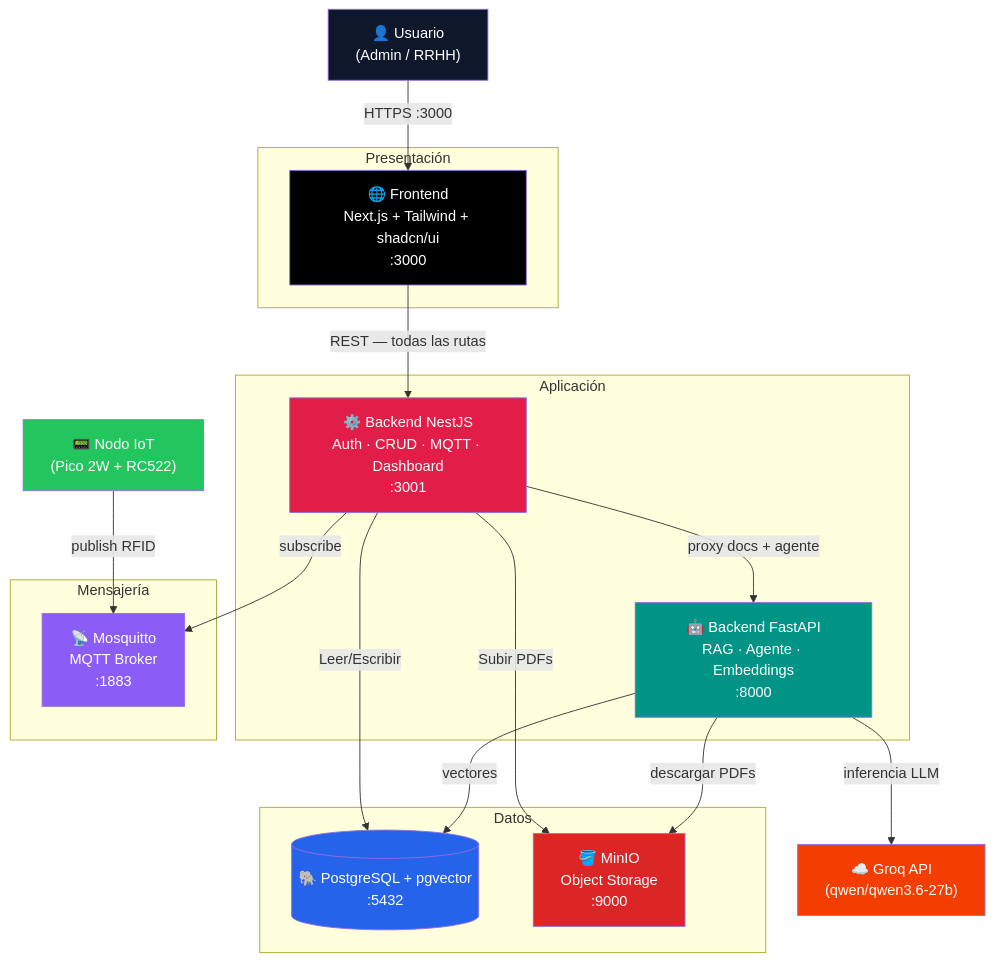
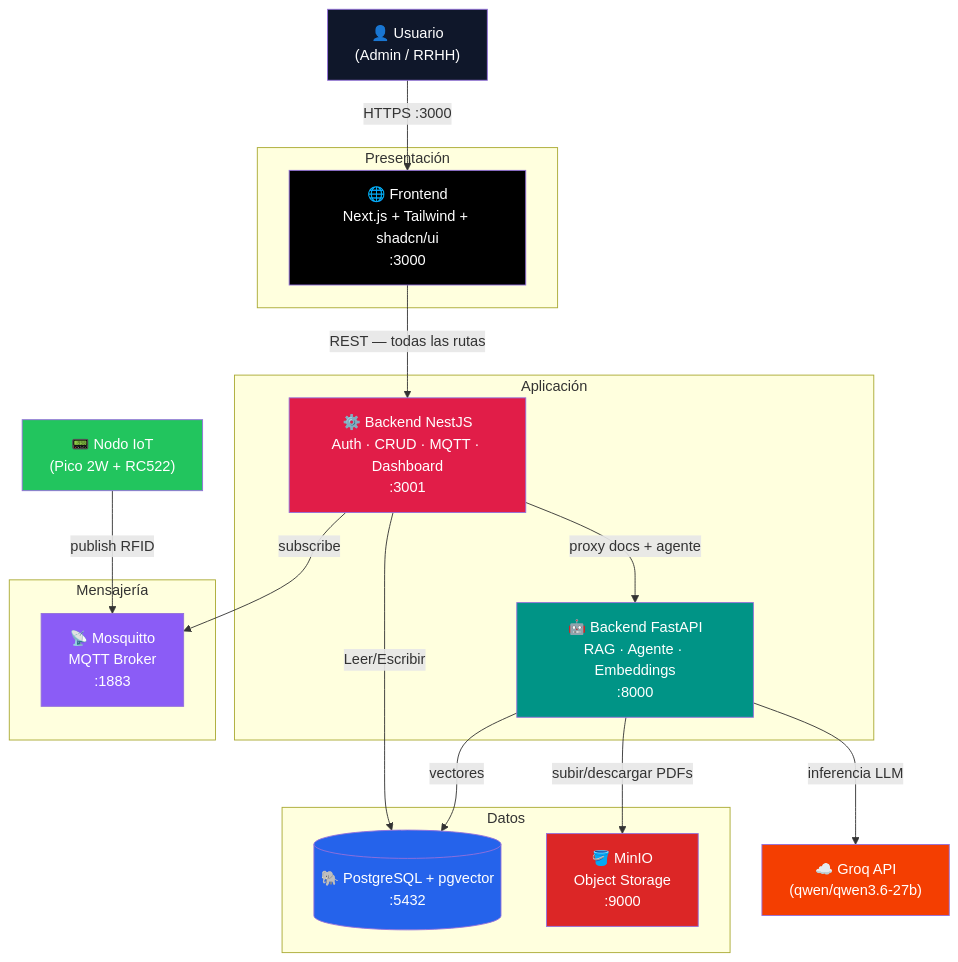
Before and after one commit to marianodr/kuaai-intelligent-hrms: the second of 15 diagrams in ARCHITECTURE.md, drawn with Mermaid. The commit also changed other lines of this file, not shown here.

Commit message:
fix(docs): eliminar flecha falsa NEST->MINIO en los diagramas de arquitectura
Nest nunca habla con MinIO directamente: grep sobre apps/backend-nest
no encuentra ninguna referencia a minio (ni librería ni código). El
PDF llega a Nest como buffer en memoria y se reenvía por HTTP a
FastAPI (ProxyService.uploadFile/downloadBinary); solo FastAPI tiene
el cliente MinIO real (minio_client.py, librería minio-py).

Corrige el diagrama Nivel 2 y el de deployment (Docker Compose),
quitando la flecha NEST->MINIO y aclarando que FAPI->MINIO cubre
tanto subida como descarga (antes decía solo "descargar PDFs").

Claude-Session: https://claude.ai/code/session_01XA8y2qGj5KgcSkWKnTRVEx

````diff
--- a/ARCHITECTURE.md
+++ b/ARCHITECTURE.md
@@ -88,45 +88,44 @@
 ```mermaid
 graph TB
     USER["👤 Usuario\n(Admin / RRHH)"]
     IOT["📟 Nodo IoT\n(Pico 2W + RC522)"]
     GROQ["☁️ Groq API\n(qwen/qwen3.6-27b)"]
 
     subgraph PRES ["Presentación"]
         FE["🌐 Frontend\nNext.js + Tailwind + shadcn/ui\n:3000"]
     end
 
     subgraph APP ["Aplicación"]
         NEST["⚙️ Backend NestJS\nAuth · CRUD · MQTT · Dashboard\n:3001"]
         FAPI["🤖 Backend FastAPI\nRAG · Agente · Embeddings\n:8000"]
     end
 
     subgraph MSG ["Mensajería"]
         MQTT["📡 Mosquitto\nMQTT Broker\n:1883"]
     end
 
     subgraph DATA ["Datos"]
         PG[("🐘 PostgreSQL + pgvector\n:5432")]
         MINIO["🪣 MinIO\nObject Storage\n:9000"]
     end
 
     USER  -->|"HTTPS :3000"| FE
     FE    -->|"REST — todas las rutas"| NEST
     NEST  -->|"proxy docs + agente"| FAPI
     NEST  -->|"Leer/Escribir"| PG
-    NEST  -->|"Subir PDFs"| MINIO
     NEST  -->|"subscribe"| MQTT
     FAPI  -->|"vectores"| PG
-    FAPI  -->|"descargar PDFs"| MINIO
+    FAPI  -->|"subir/descargar PDFs"| MINIO
     FAPI  -->|"inferencia LLM"| GROQ
     IOT   -->|"publish RFID"| MQTT
 
     style FE   fill:#000000,color:#fff
     style NEST fill:#e11d48,color:#fff
     style FAPI fill:#009486,color:#fff
     style PG   fill:#2563EB,color:#fff
     style MINIO fill:#DC2626,color:#fff
     style MQTT fill:#8B5CF6,color:#fff
     style USER fill:#0f172a,color:#fff
     style IOT  fill:#22C55E,color:#fff
     style GROQ fill:#F43E01,color:#fff
 ```
````
